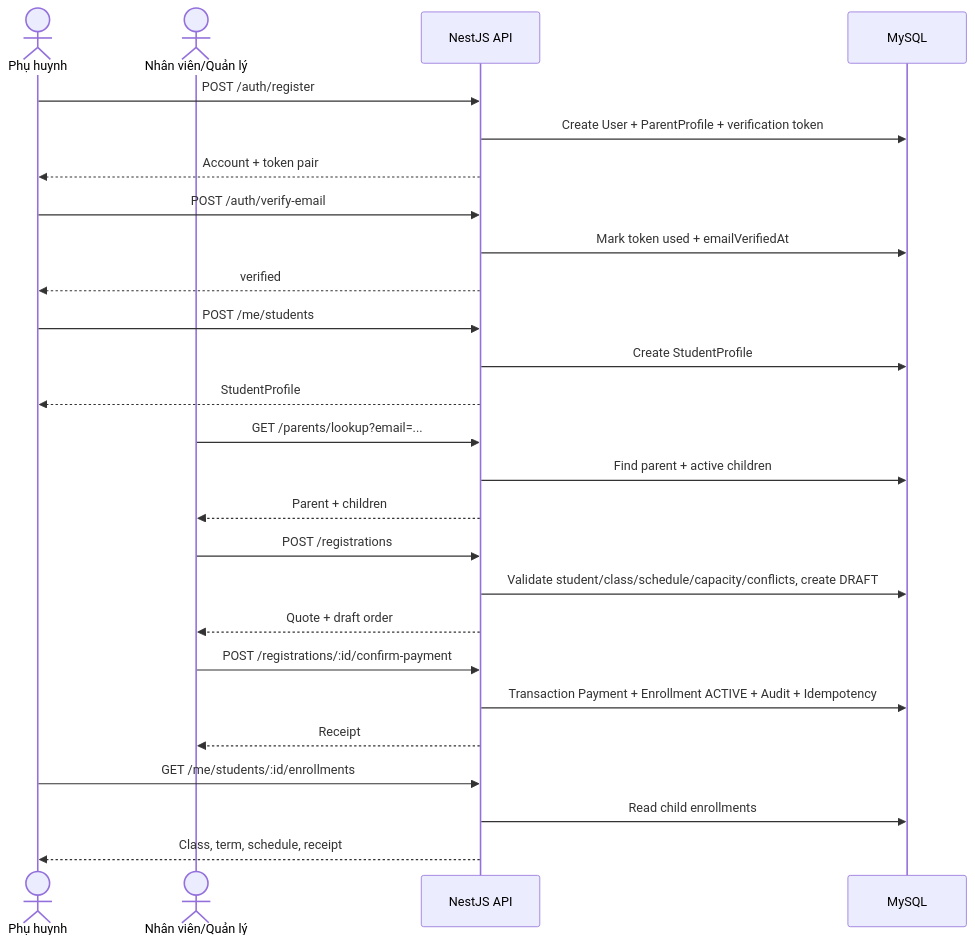
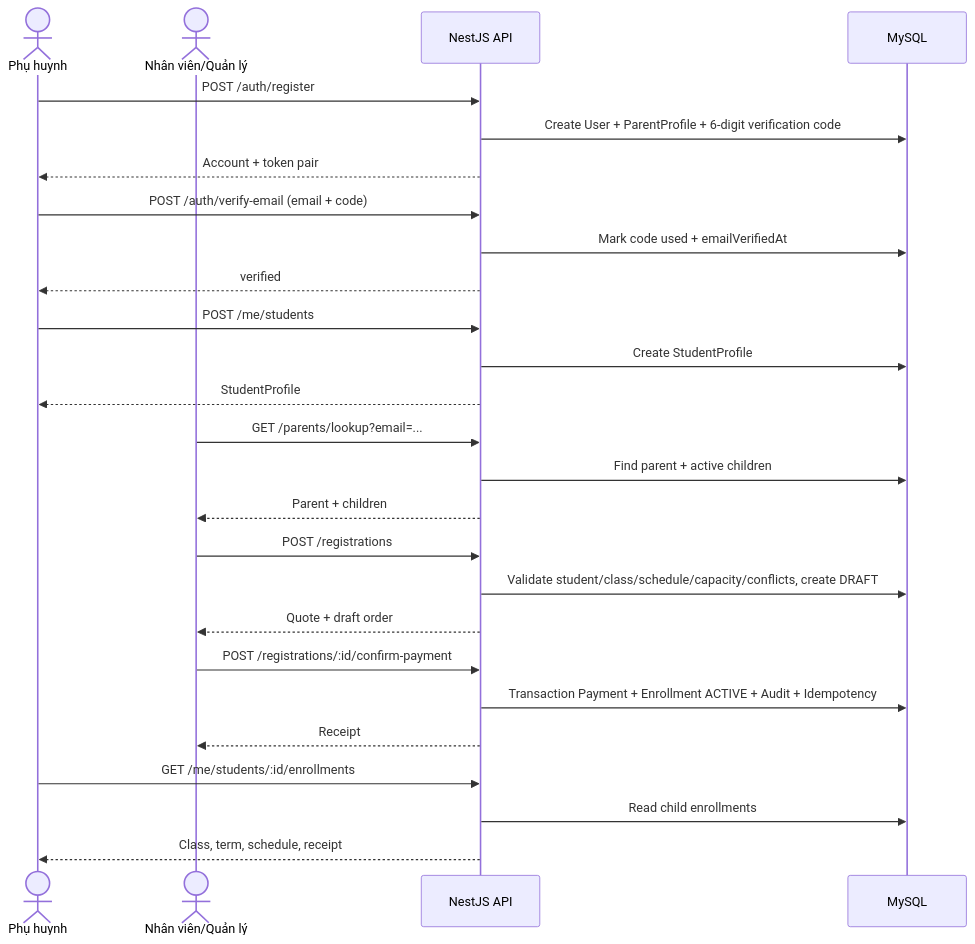
Before and after one commit to WDP301-SE1921/WDP301-BE-System: the diagram in EDUGRADE_BACKEND_FLOW.md, drawn with Mermaid. The commit also changed other lines of this file and 42 other files, not shown here.

````diff
--- a/EDUGRADE_BACKEND_FLOW.md
+++ b/EDUGRADE_BACKEND_FLOW.md
@@ -505,35 +505,35 @@
 ```mermaid
 sequenceDiagram
     actor P as Phụ huynh
     actor S as Nhân viên/Quản lý
     participant API as NestJS API
     participant DB as MySQL
 
     P->>API: POST /auth/register
-    API->>DB: Create User + ParentProfile + verification token
+    API->>DB: Create User + ParentProfile + 6-digit verification code
     API-->>P: Account + token pair
 
-    P->>API: POST /auth/verify-email
-    API->>DB: Mark token used + emailVerifiedAt
+    P->>API: POST /auth/verify-email (email + code)
+    API->>DB: Mark code used + emailVerifiedAt
     API-->>P: verified
 
     P->>API: POST /me/students
     API->>DB: Create StudentProfile
     API-->>P: StudentProfile
 
     S->>API: GET /parents/lookup?email=...
     API->>DB: Find parent + active children
     API-->>S: Parent + children
 
     S->>API: POST /registrations
     API->>DB: Validate student/class/schedule/capacity/conflicts, create DRAFT
     API-->>S: Quote + draft order
 
     S->>API: POST /registrations/:id/confirm-payment
     API->>DB: Transaction Payment + Enrollment ACTIVE + Audit + Idempotency
     API-->>S: Receipt
 
     P->>API: GET /me/students/:id/enrollments
     API->>DB: Read child enrollments
     API-->>P: Class, term, schedule, receipt
 ```
````
